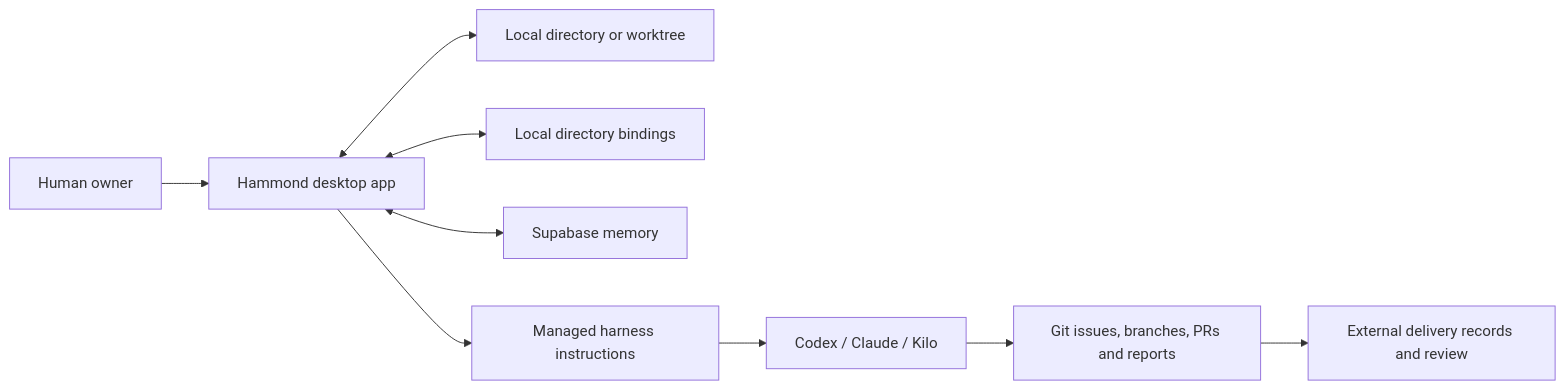
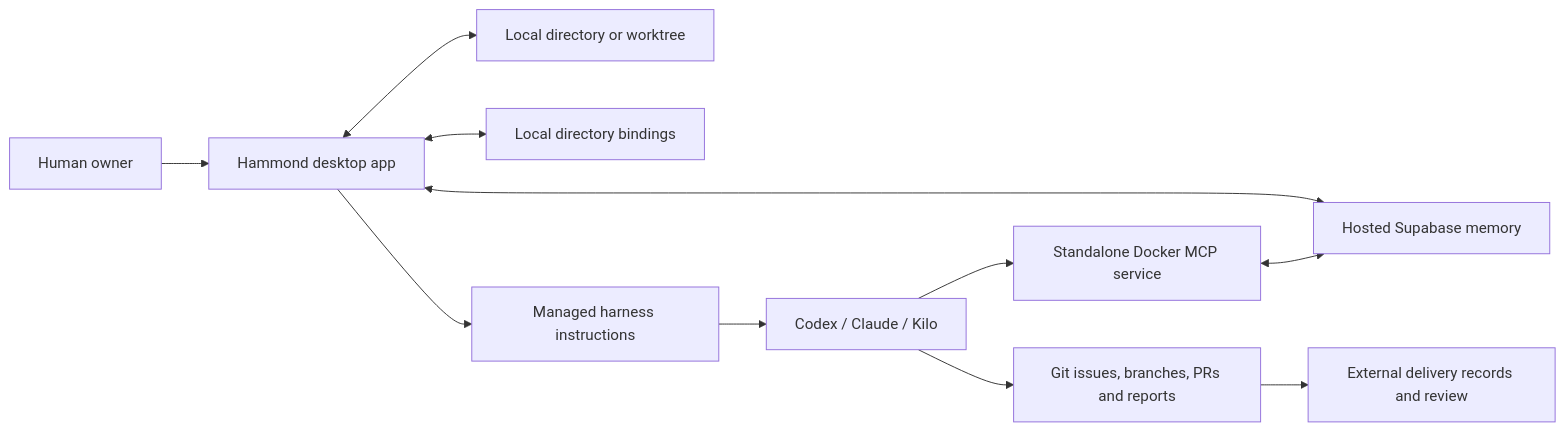
Before and after one commit to Ipat-O/Hammond-3.0: the diagram in docs/ARCHITECTURE.md, drawn with Mermaid. The commit also changed other lines of this file and 7 other files, not shown here.

Commit message:
Revise HAM3-014 for Docker MCP and hosted-data refresh

````diff
--- a/docs/ARCHITECTURE.md
+++ b/docs/ARCHITECTURE.md
@@ -17,11 +17,13 @@
 ```mermaid
 flowchart LR
     Owner["Human owner"] --> App["Hammond desktop app"]
     App <--> Local["Local directory or worktree"]
     App <--> Settings["Local directory bindings"]
-    App <--> DB["Supabase memory"]
+    App <--> DB["Hosted Supabase memory"]
+    Agents --> MCP["Standalone Docker MCP service"]
+    MCP <--> DB
     App --> Docs["Managed harness instructions"]
     Docs --> Agents["Codex / Claude / Kilo"]
     Agents --> Git["Git issues, branches, PRs and reports"]
     Git --> Evidence["External delivery records and review"]
 ```
````
